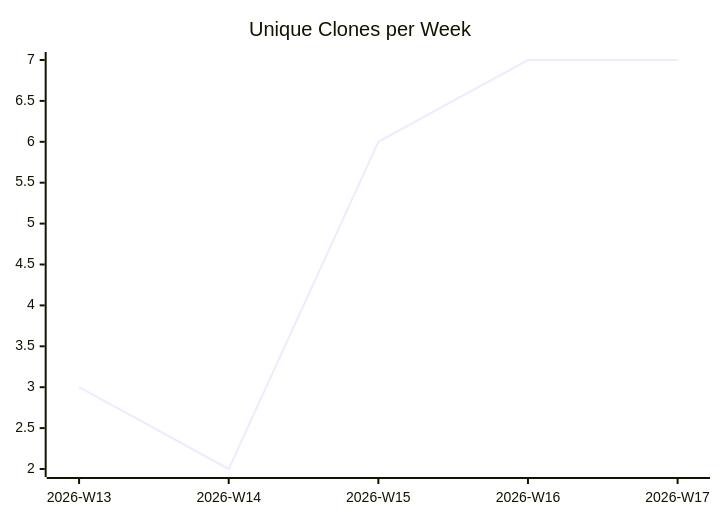
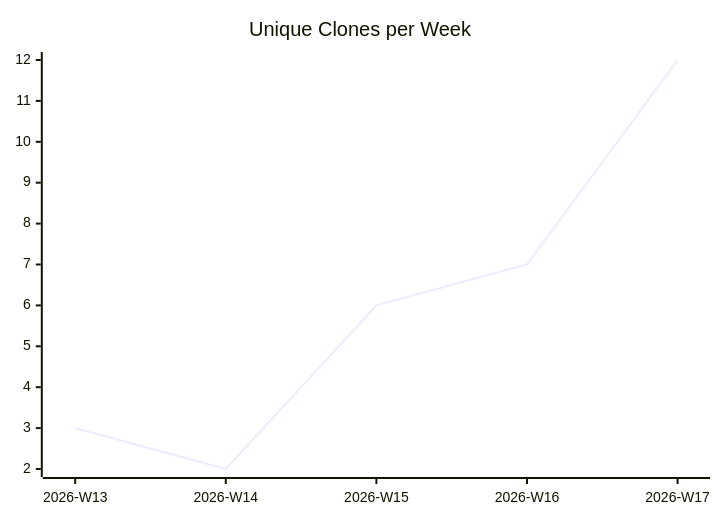
One commit to justdavis-family/github-analytics-data changed the third of 3 diagrams in karlmdavis/justdavis-ansible/README.md. Above: the diagram before and after it, drawn with Mermaid. The commit also changed other lines of this file and 191 other files, not shown here.

````diff
--- a/karlmdavis/justdavis-ansible/README.md
+++ b/karlmdavis/justdavis-ansible/README.md
@@ -19,6 +19,6 @@
 ```mermaid
 xychart-beta
   title "Unique Clones per Week"
   x-axis ["2026-W13", "2026-W14", "2026-W15", "2026-W16", "2026-W17"]
-  line [3, 2, 6, 7, 7]
+  line [3, 2, 6, 7, 12]
 ```
````
